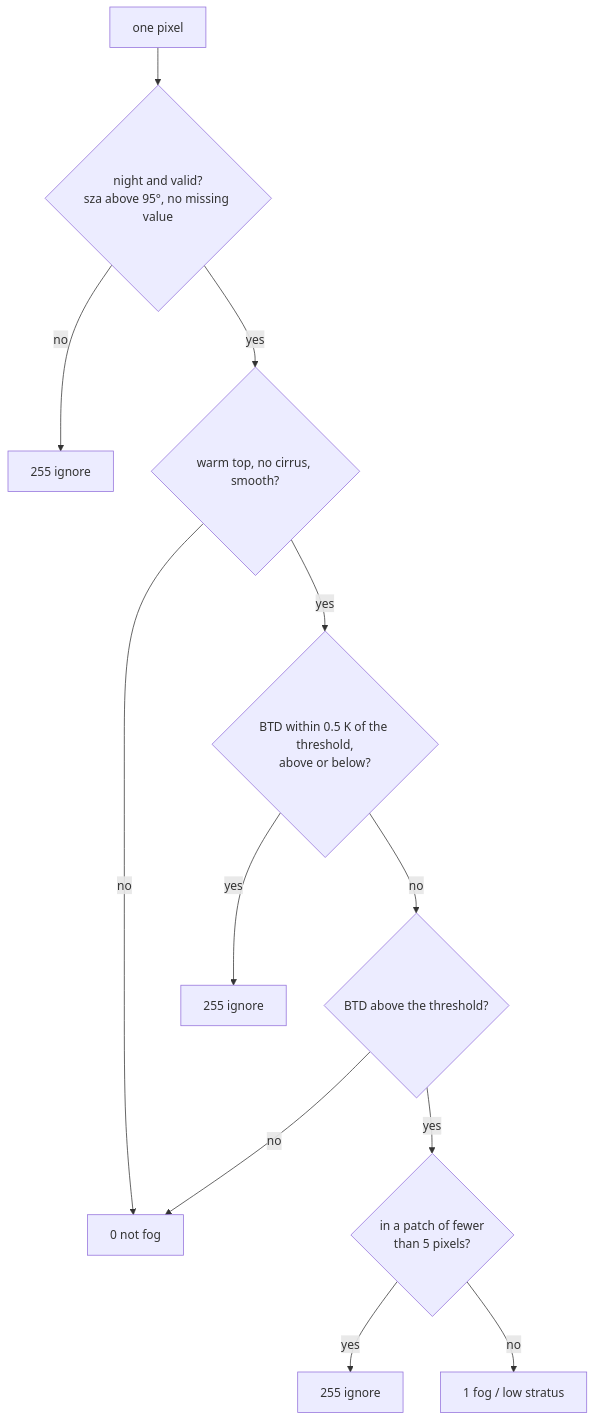
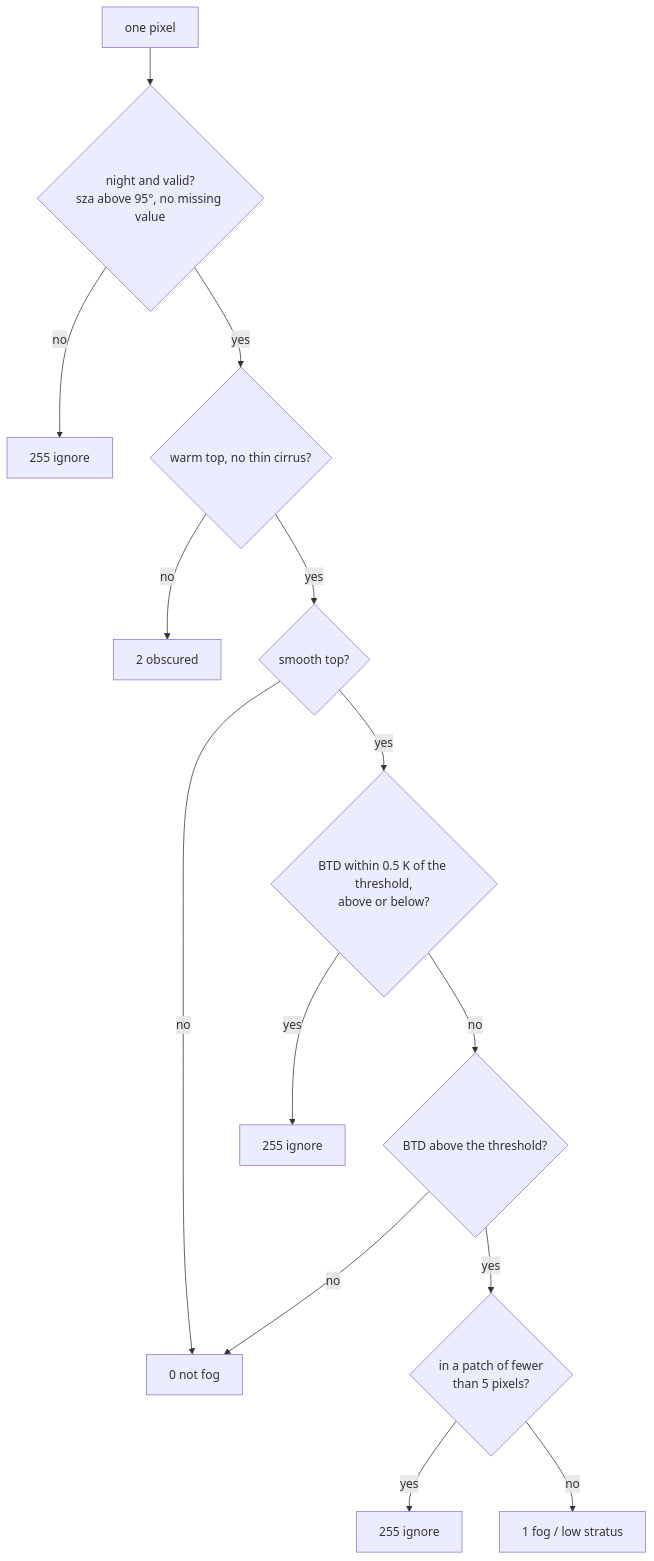
The diagram in docs/DATASET_CARD.md (muhammettcepi/seviri-fog-segmentation), drawn with Mermaid before and after one commit. The commit also changed other lines of this file and 8 other files, not shown here.

Commit message:
Label pixels under high or cirrus cloud as obscured instead of no fog

````diff
--- a/docs/DATASET_CARD.md
+++ b/docs/DATASET_CARD.md
@@ -123,14 +125,16 @@
 ```mermaid
 flowchart TD
     px["one pixel"] --> trust{"night and valid?<br/>sza above 95°, no missing value"}
     trust -- no --> ignore1["255 ignore"]
-    trust -- yes --> other{"warm top, no cirrus, smooth?"}
-    other -- no --> zero["0 not fog"]
-    other -- yes --> band{"BTD within 0.5 K of the threshold,<br/>above or below?"}
+    trust -- yes --> warm{"warm top, no thin cirrus?"}
+    warm -- no --> obscured["2 obscured"]
+    warm -- yes --> smooth{"smooth top?"}
+    smooth -- no --> zero["0 not fog"]
+    smooth -- yes --> band{"BTD within 0.5 K of the threshold,<br/>above or below?"}
     band -- yes --> ignore2["255 ignore"]
     band -- no --> high{"BTD above the threshold?"}
     high -- no --> zero
     high -- yes --> tiny{"in a patch of fewer<br/>than 5 pixels?"}
     tiny -- yes --> ignore3["255 ignore"]
     tiny -- no --> one["1 fog / low stratus"]
 ```
````
